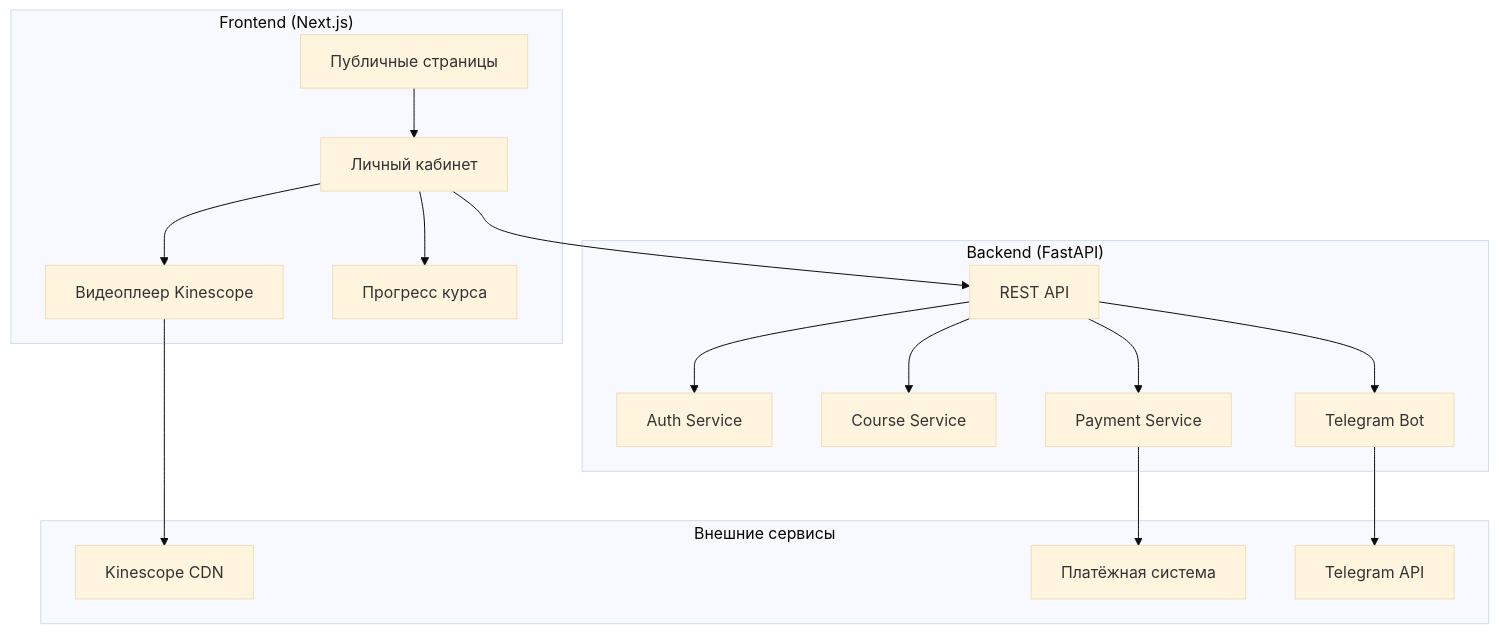
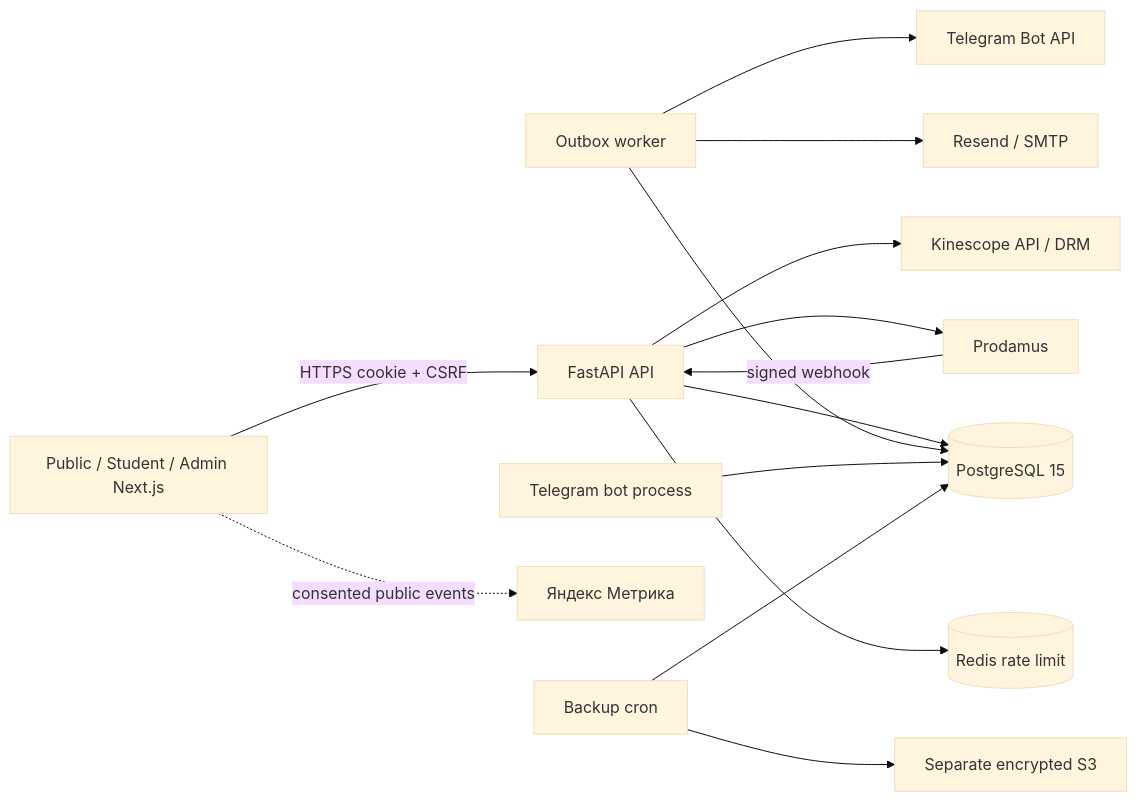
Before and after one commit to TwinsMinsk/lucy-nails: the diagram in Docs/ARCHITECTURE.md, drawn with Mermaid (base theme). The commit also changed other lines of this file and 17 other files, not shown here.

````diff
--- a/Docs/ARCHITECTURE.md
+++ b/Docs/ARCHITECTURE.md
@@ -13,26 +10,16 @@
 ```mermaid
-graph TB
-    subgraph "Frontend (Next.js)"
-        A[Публичные страницы] --> B[Личный кабинет]
-        B --> C[Видеоплеер Kinescope]
-        B --> D[Прогресс курса]
-    end
-    
-    subgraph "Backend (FastAPI)"
-        E[REST API] --> F[Auth Service]
-        E --> G[Course Service]
-        E --> H[Payment Service]
-        E --> I[Telegram Bot]
-    end
-    
-    subgraph "Внешние сервисы"
-        J[Kinescope CDN]
-        K[Платёжная система]
-        L[Telegram API]
-    end
-    
-    B --> E
-    C --> J
-    H --> K
-    I --> L
+flowchart LR
+    Browser[Public / Student / Admin Next.js] -->|HTTPS cookie + CSRF| API[FastAPI API]
+    API --> PG[(PostgreSQL 15)]
+    API --> Redis[(Redis rate limit)]
+    API --> Prodamus[Prodamus]
+    Prodamus -->|signed webhook| API
+    API --> Kinescope[Kinescope API / DRM]
+    Worker[Outbox worker] --> PG
+    Worker --> Email[Resend / SMTP]
+    Worker --> Telegram[Telegram Bot API]
+    Bot[Telegram bot process] --> PG
+    Browser -. consented public events .-> Metrika[Яндекс Метрика]
+    Backup[Backup cron] --> PG
+    Backup --> S3[Separate encrypted S3]
 ```
````
